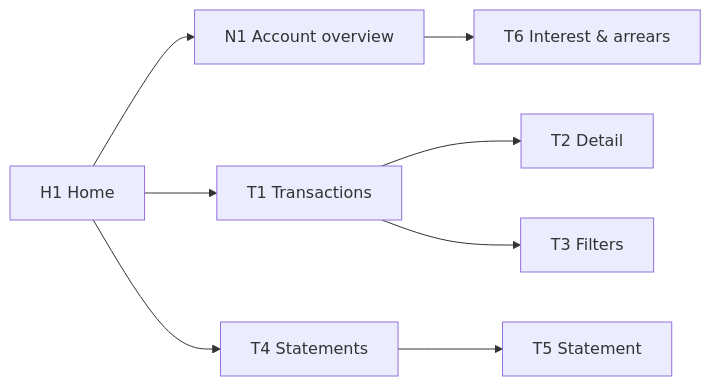
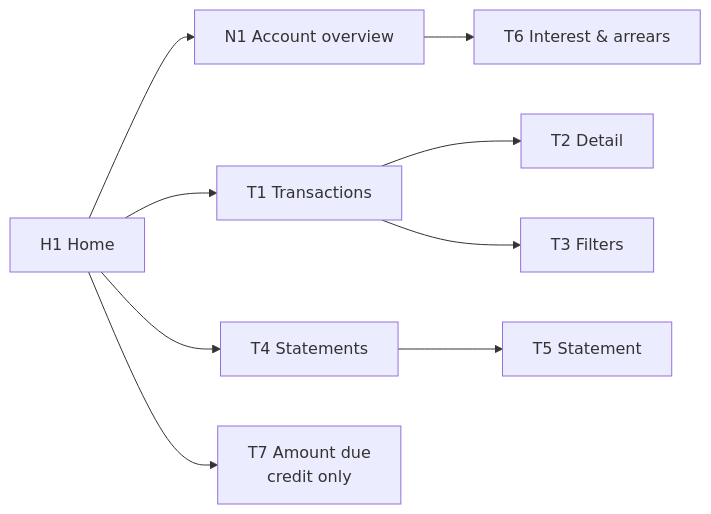
The seventh of 10 diagrams in docs/Screens-and-flows.md (yr08ii/card-management-app), drawn with Mermaid before and after one commit. The commit also changed other lines of this file and 1 other file, not shown here.

First line of the commit message:
docs: settle role, hierarchy and program-type decisions; add credit

````diff
--- a/docs/Screens-and-flows.md
+++ b/docs/Screens-and-flows.md
@@ -337,8 +471,9 @@
 ```mermaid
 flowchart LR
     H1["H1 Home"] --> N1["N1 Account overview"]
     H1 --> T1["T1 Transactions"] --> T2["T2 Detail"]
     T1 --> T3["T3 Filters"]
     H1 --> T4["T4 Statements"] --> T5["T5 Statement"]
     N1 --> T6["T6 Interest & arrears"]
+    H1 --> T7["T7 Amount due<br/>credit only"]
 ```
````
